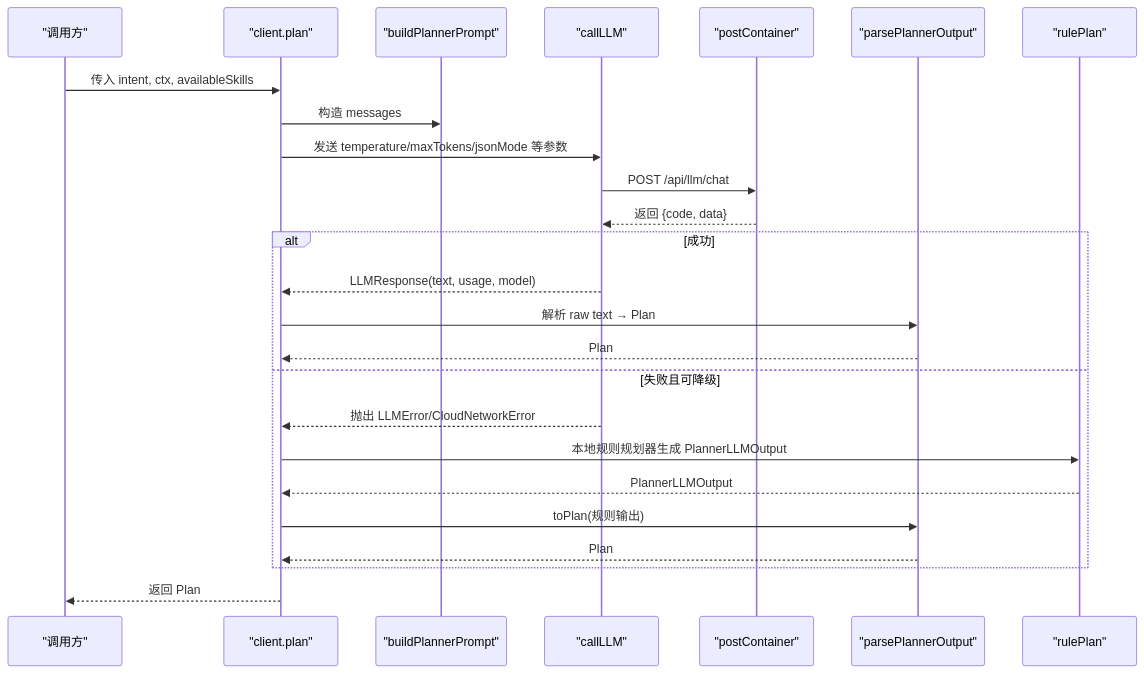
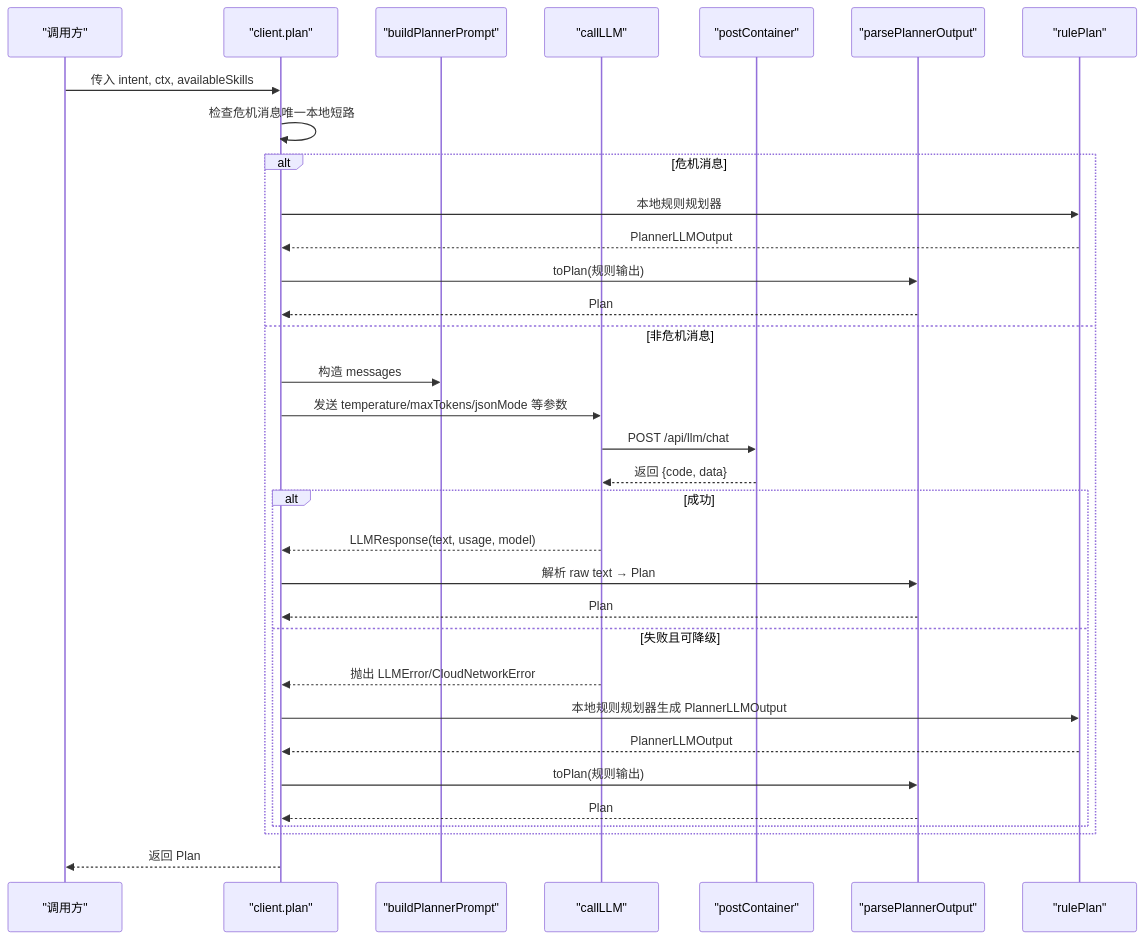
The second of 9 diagrams in .qoder/repowiki/zh/content/LLM集成/LLM客户端.md (Ichi-Hackton/WAIC-WeChat-MiniProgram), drawn with Mermaid before and after one commit. The commit also changed other lines of this file and 28 other files, not shown here.

````diff
--- a/.qoder/repowiki/zh/content/LLM集成/LLM客户端.md
+++ b/.qoder/repowiki/zh/content/LLM集成/LLM客户端.md
@@ -110,27 +123,35 @@
 ```mermaid
 sequenceDiagram
 participant Caller as "调用方"
 participant Client as "client.plan"
 participant Prompt as "buildPlannerPrompt"
 participant LLM as "callLLM"
 participant Cloud as "postContainer"
 participant Parser as "parsePlannerOutput"
 participant Rule as "rulePlan"
 Caller->>Client : 传入 intent, ctx, availableSkills
+Client->>Client : 检查危机消息唯一本地短路
+alt 危机消息
+Client->>Rule : 本地规则规划器
+Rule-->>Client : PlannerLLMOutput
+Client->>Parser : toPlan(规则输出)
+Parser-->>Client : Plan
+else 非危机消息
 Client->>Prompt : 构造 messages
 Client->>LLM : 发送 temperature/maxTokens/jsonMode 等参数
 LLM->>Cloud : POST /api/llm/chat
 Cloud-->>LLM : 返回 {code, data}
 alt 成功
 LLM-->>Client : LLMResponse(text, usage, model)
 Client->>Parser : 解析 raw text → Plan
 Parser-->>Client : Plan
 else 失败且可降级
 LLM-->>Client : 抛出 LLMError/CloudNetworkError
 Client->>Rule : 本地规则规划器生成 PlannerLLMOutput
 Rule-->>Client : PlannerLLMOutput
 Client->>Parser : toPlan(规则输出)
 Parser-->>Client : Plan
 end
+end
 Client-->>Caller : 返回 Plan
 ```
````
